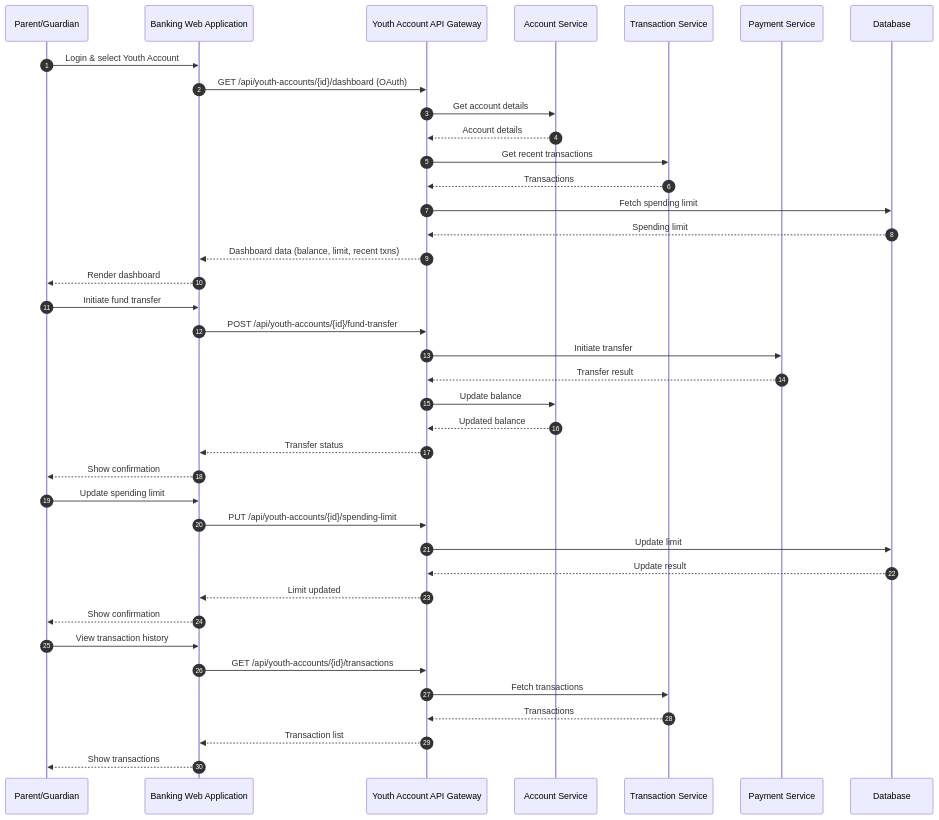
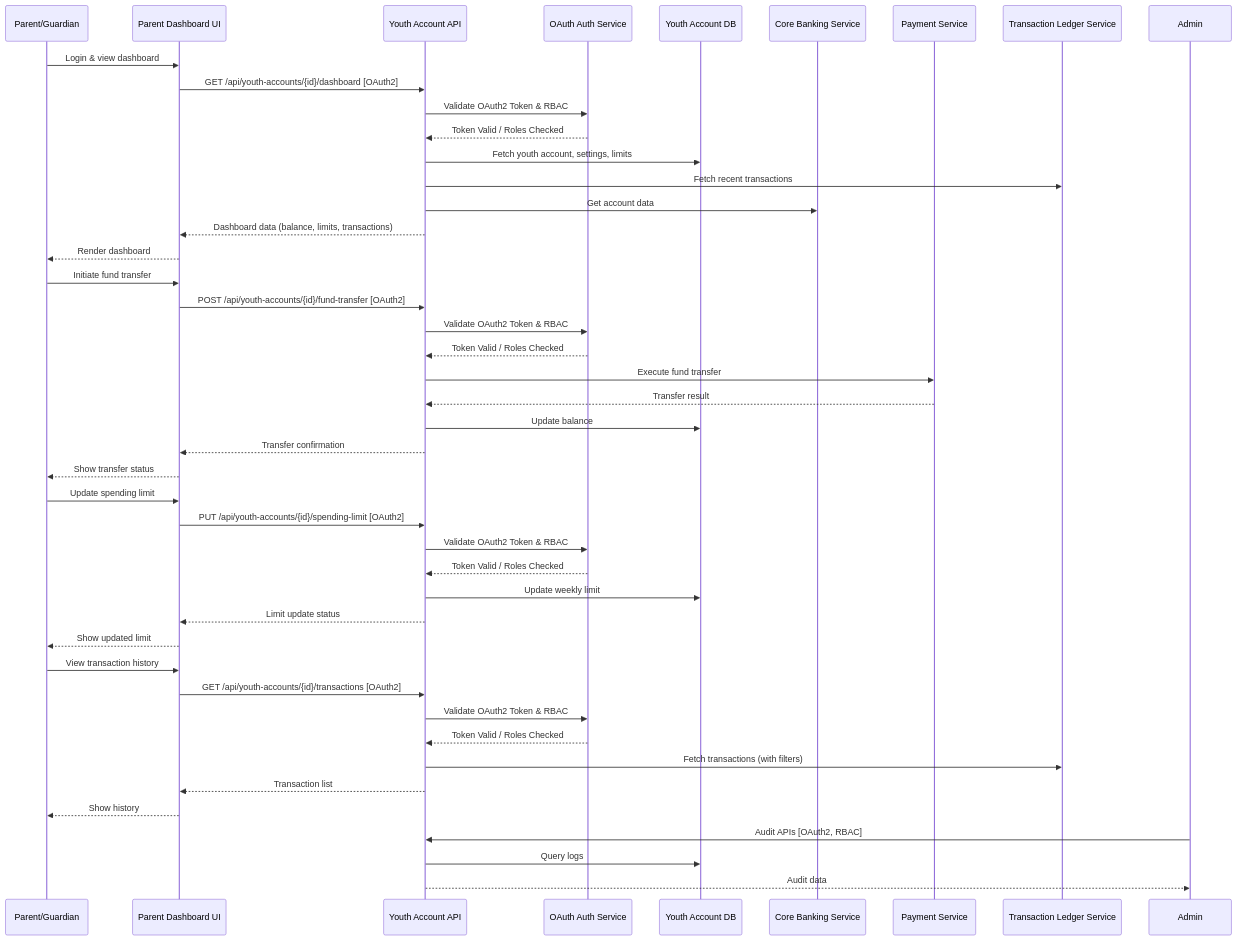
Before and after one commit to Ascend-Krithi/SCIB-Inception: the diagram in Components and Sequence Diagrams/sequence_diagram.mmd, drawn with Mermaid. The commit also changed 1 other file, not shown here.

```diff
--- a/Components and Sequence Diagrams/sequence_diagram.mmd
+++ b/Components and Sequence Diagrams/sequence_diagram.mmd
@@ -1,48 +1,55 @@
-%% Sequence Diagram for Youth Account Management APIs (Mermaid)
+%% Sequence Diagram for Youth Account Management (Mermaid)
 sequenceDiagram
-    autonumber
     participant Parent as Parent/Guardian
-    participant WebApp as Banking Web Application
-    participant APIGW as Youth Account API Gateway
-    participant AccountSvc as Account Service
-    participant TransSvc as Transaction Service
-    participant PaymentSvc as Payment Service
-    participant DB as Database
+    participant UI as Parent Dashboard UI
+    participant API as Youth Account API
+    participant Auth as OAuth Auth Service
+    participant DB as Youth Account DB
+    participant CoreBanking as Core Banking Service
+    participant Payment as Payment Service
+    participant Transaction as Transaction Ledger Service
 
-    %% Dashboard API
-    Parent->>WebApp: Login & select Youth Account
-    WebApp->>APIGW: GET /api/youth-accounts/{id}/dashboard (OAuth)
-    APIGW->>AccountSvc: Get account details
-    AccountSvc-->>APIGW: Account details
-    APIGW->>TransSvc: Get recent transactions
-    TransSvc-->>APIGW: Transactions
-    APIGW->>DB: Fetch spending limit
-    DB-->>APIGW: Spending limit
-    APIGW-->>WebApp: Dashboard data (balance, limit, recent txns)
-    WebApp-->>Parent: Render dashboard
+    %% Dashboard access
+    Parent->>UI: Login & view dashboard
+    UI->>API: GET /api/youth-accounts/{id}/dashboard [OAuth2]
+    API->>Auth: Validate OAuth2 Token & RBAC
+    Auth-->>API: Token Valid / Roles Checked
+    API->>DB: Fetch youth account, settings, limits
+    API->>Transaction: Fetch recent transactions
+    API->>CoreBanking: Get account data
+    API-->>UI: Dashboard data (balance, limits, transactions)
+    UI-->>Parent: Render dashboard
 
-    %% Fund Transfer API
-    Parent->>WebApp: Initiate fund transfer
-    WebApp->>APIGW: POST /api/youth-accounts/{id}/fund-transfer
-    APIGW->>PaymentSvc: Initiate transfer
-    PaymentSvc-->>APIGW: Transfer result
-    APIGW->>AccountSvc: Update balance
-    AccountSvc-->>APIGW: Updated balance
-    APIGW-->>WebApp: Transfer status
-    WebApp-->>Parent: Show confirmation
+    %% Fund transfer
+    Parent->>UI: Initiate fund transfer
+    UI->>API: POST /api/youth-accounts/{id}/fund-transfer [OAuth2]
+    API->>Auth: Validate OAuth2 Token & RBAC
+    Auth-->>API: Token Valid / Roles Checked
+    API->>Payment: Execute fund transfer
+    Payment-->>API: Transfer result
+    API->>DB: Update balance
+    API-->>UI: Transfer confirmation
+    UI-->>Parent: Show transfer status
 
-    %% Spending Limit API
-    Parent->>WebApp: Update spending limit
-    WebApp->>APIGW: PUT /api/youth-accounts/{id}/spending-limit
-    APIGW->>DB: Update limit
-    DB-->>APIGW: Update result
-    APIGW-->>WebApp: Limit updated
-    WebApp-->>Parent: Show confirmation
+    %% Set spending limit
+    Parent->>UI: Update spending limit
+    UI->>API: PUT /api/youth-accounts/{id}/spending-limit [OAuth2]
+    API->>Auth: Validate OAuth2 Token & RBAC
+    Auth-->>API: Token Valid / Roles Checked
+    API->>DB: Update weekly limit
+    API-->>UI: Limit update status
+    UI-->>Parent: Show updated limit
 
-    %% Transaction History API
-    Parent->>WebApp: View transaction history
-    WebApp->>APIGW: GET /api/youth-accounts/{id}/transactions
-    APIGW->>TransSvc: Fetch transactions
-    TransSvc-->>APIGW: Transactions
-    APIGW-->>WebApp: Transaction list
-    WebApp-->>Parent: Show transactions
+    %% Transaction history
+    Parent->>UI: View transaction history
+    UI->>API: GET /api/youth-accounts/{id}/transactions [OAuth2]
+    API->>Auth: Validate OAuth2 Token & RBAC
+    Auth-->>API: Token Valid / Roles Checked
+    API->>Transaction: Fetch transactions (with filters)
+    API-->>UI: Transaction list
+    UI-->>Parent: Show history
+
+    %% Admin auditing (optional)
+    Admin->>API: Audit APIs [OAuth2, RBAC]
+    API->>DB: Query logs
+    API-->>Admin: Audit data
```
